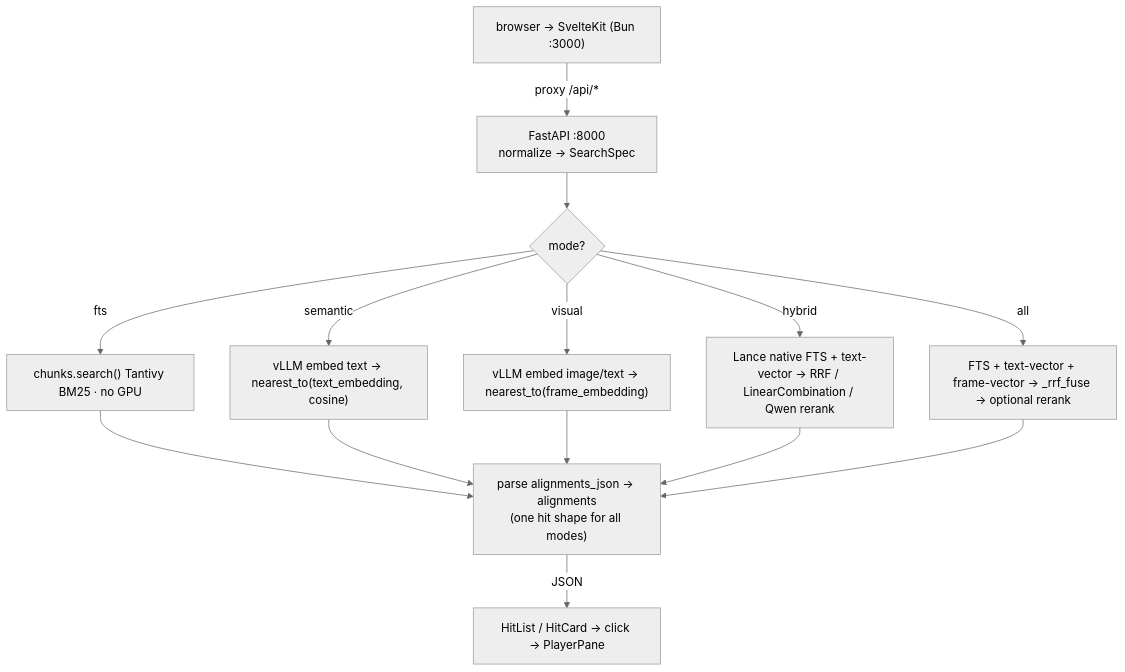
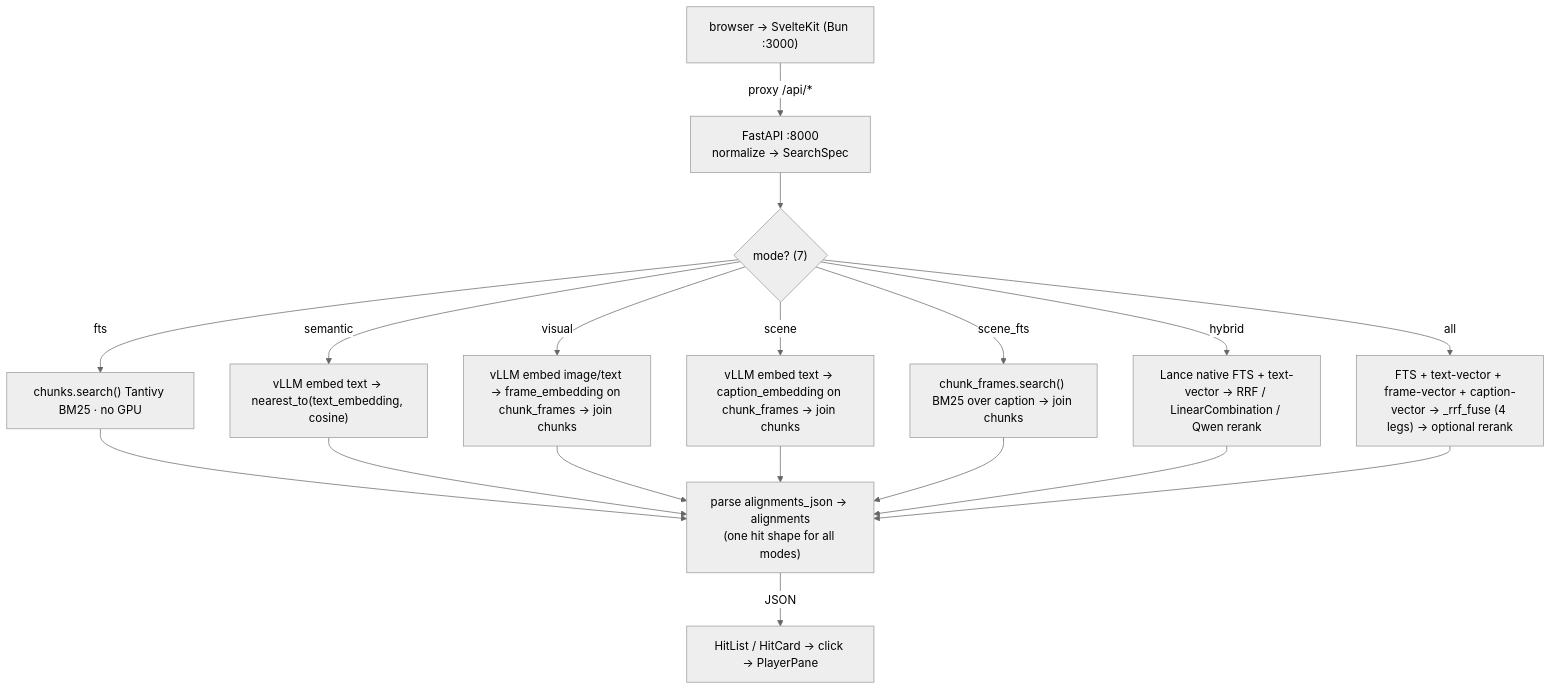
Before and after one commit to Borg93/lance-audio-demo: the fourth of 4 diagrams in GUIDE.md, drawn with Mermaid (neutral theme). The commit also changed other lines of this file and 29 other files, not shown here.

First line of the commit message:
Embedding Atlas: WebGPU scatter, EVōC text+visual projections, cross-filter

````diff
--- a/GUIDE.md
+++ b/GUIDE.md
@@ -212,16 +225,20 @@
 ```mermaid
 flowchart TD
     Q["browser → SvelteKit (Bun :3000)"] -->|"proxy /api/*"| BE["FastAPI :8000<br/>normalize → SearchSpec"]
-    BE --> M{"mode?"}
+    BE --> M{"mode? (7)"}
     M -->|fts| F1["chunks.search() Tantivy BM25 · no GPU"]
     M -->|semantic| F2["vLLM embed text → nearest_to(text_embedding, cosine)"]
-    M -->|visual| F3["vLLM embed image/text → nearest_to(frame_embedding)"]
+    M -->|visual| F3["vLLM embed image/text → frame_embedding on chunk_frames → join chunks"]
+    M -->|scene| F6["vLLM embed text → caption_embedding on chunk_frames → join chunks"]
+    M -->|scene_fts| F7["chunk_frames.search() BM25 over caption → join chunks"]
     M -->|hybrid| F4["Lance native FTS + text-vector → RRF / LinearCombination / Qwen rerank"]
-    M -->|all| F5["FTS + text-vector + frame-vector → _rrf_fuse → optional rerank"]
+    M -->|all| F5["FTS + text-vector + frame-vector + caption-vector → _rrf_fuse (4 legs) → optional rerank"]
     F1 --> P["parse alignments_json → alignments<br/>(one hit shape for all modes)"]
     F2 --> P
     F3 --> P
+    F6 --> P
+    F7 --> P
     F4 --> P
     F5 --> P
     P -->|JSON| UI["HitList / HitCard → click → PlayerPane"]
 ```
````
